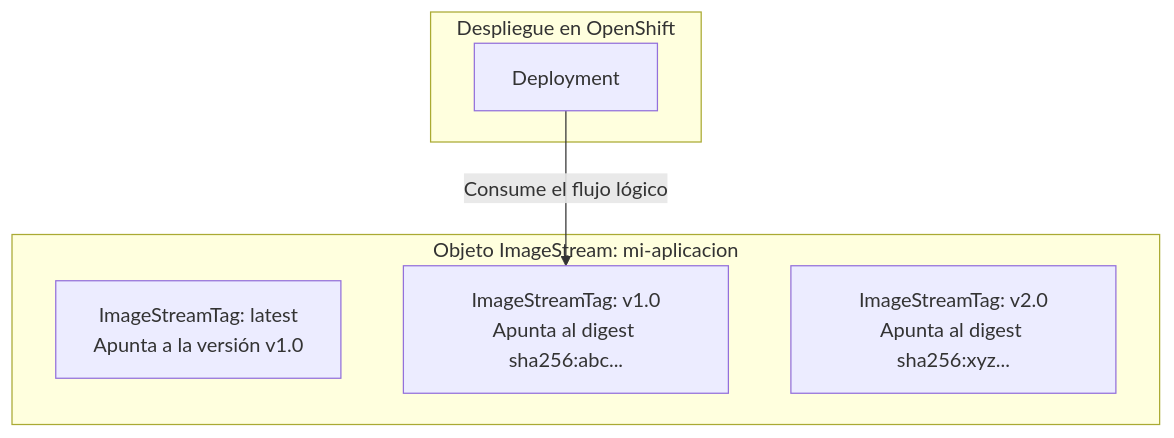
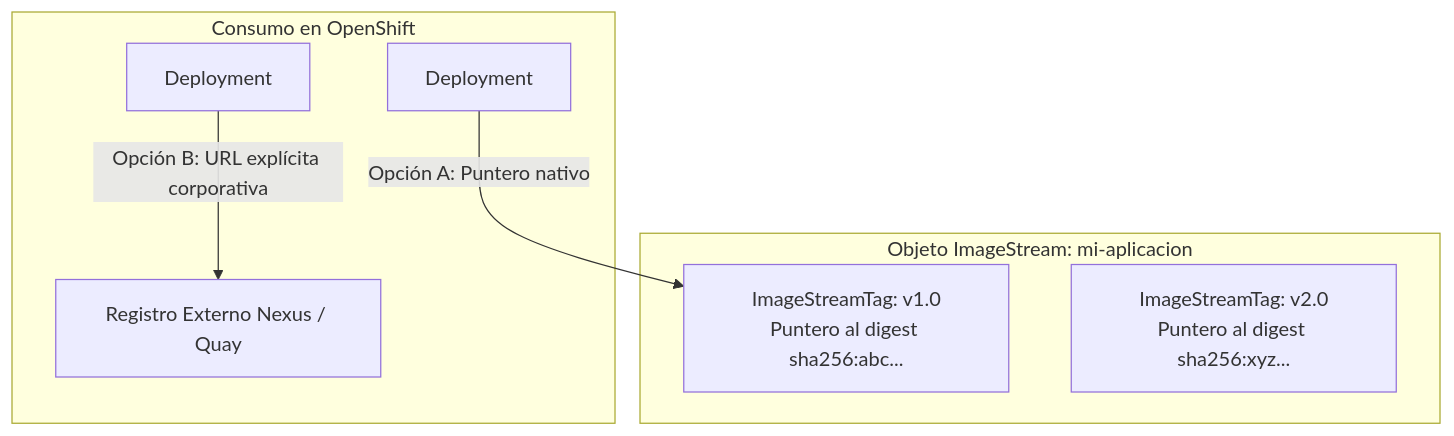
Before and after one commit to ieftraining/curso-openshift: the seventh of 8 diagrams in docs/sesion4/4.4 Registro, gestión y seguridad de imágenes.md, drawn with Mermaid. The commit also changed other lines of this file, not shown here.

````diff
--- a/docs/sesion4/4.4 Registro, gestión y seguridad de imágenes.md
+++ b/docs/sesion4/4.4 Registro, gestión y seguridad de imágenes.md
@@ -164,12 +166,12 @@
 ```mermaid
 flowchart TD
     subgraph Objeto ImageStream: mi-aplicacion
-        IST1[ImageStreamTag: latest<br>Apunta a la versión v1.0]
-        IST2[ImageStreamTag: v1.0<br>Apunta al digest sha256:abc...]
-        IST3[ImageStreamTag: v2.0<br>Apunta al digest sha256:xyz...]
+        IST1[ImageStreamTag: v1.0<br>Puntero al digest sha256:abc...]
+        IST2[ImageStreamTag: v2.0<br>Puntero al digest sha256:xyz...]
     end
 
-    subgraph Despliegue en OpenShift
-        D[Deployment] -->|Consume el flujo lógico| IST2
+    subgraph Consumo en OpenShift
+        D[Deployment] -->|Opción A: Puntero nativo| IST1
+        E[Deployment] -->|Opción B: URL explícita corporativa| R[Registro Externo Nexus / Quay]
     end
 ```
````
